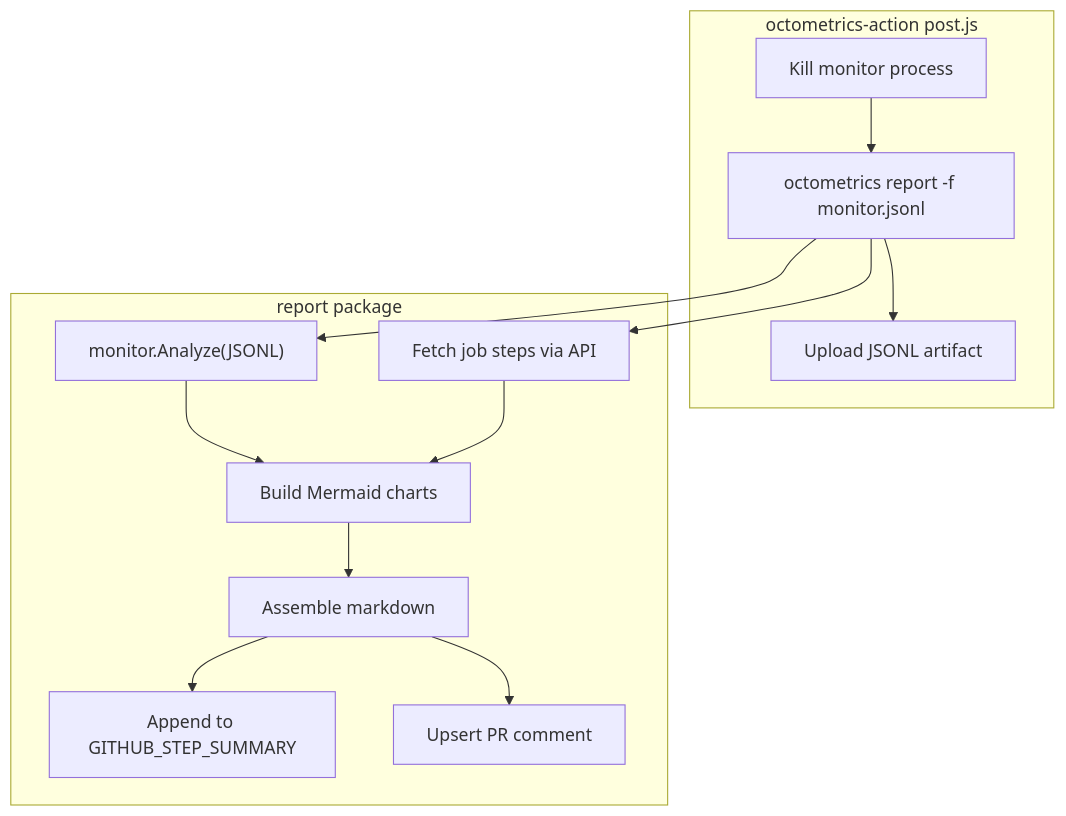
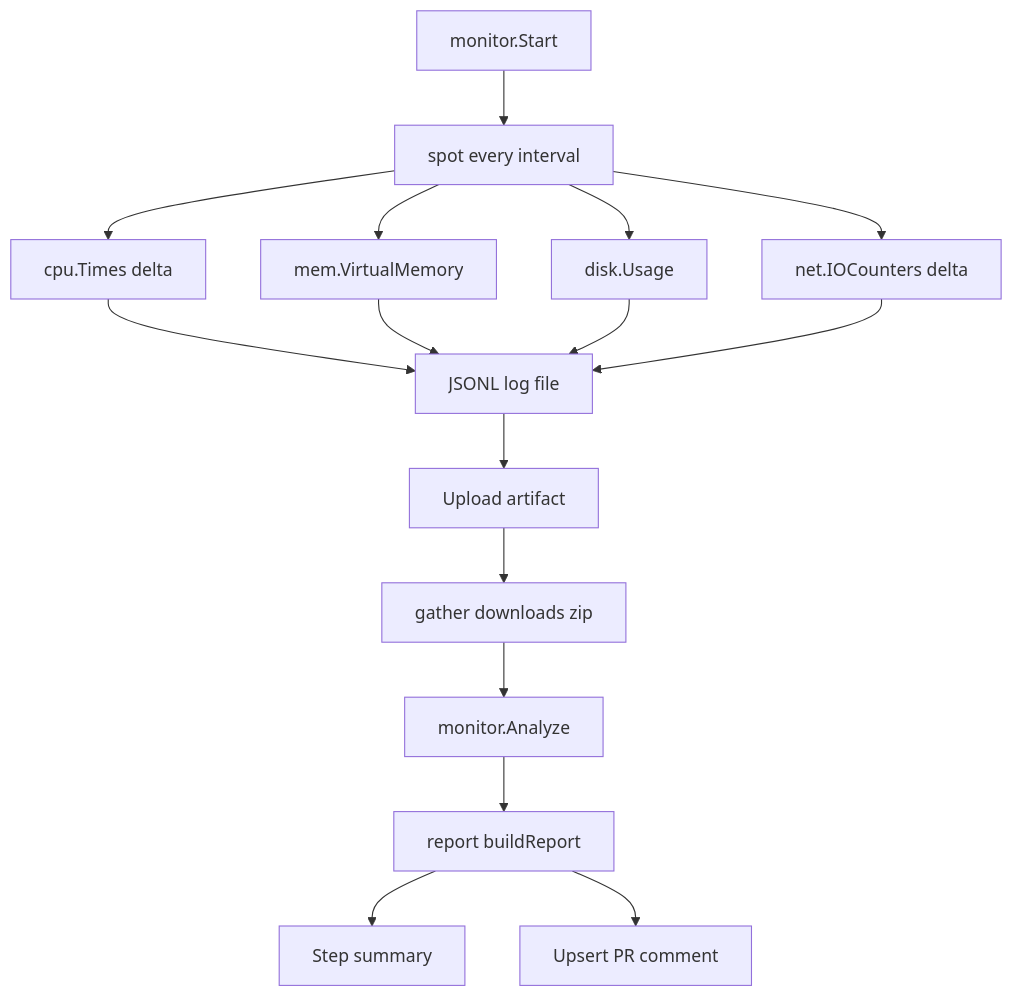
The fourth of 4 diagrams in design.md (kalverra/octometrics), drawn with Mermaid before and after one commit. The commit also changed other lines of this file and 3 other files, not shown here.

First line of the commit message:
docs: update design document and gather package

````diff
--- a/design.md
+++ b/design.md
@@ -131,27 +67,15 @@
 ```mermaid
 flowchart TD
-    subgraph actionPost [octometrics-action post.js]
-        KillMonitor[Kill monitor process]
-        RunReport["octometrics report -f monitor.jsonl"]
-        UploadArtifact[Upload JSONL artifact]
-    end
-
-    subgraph reportFlow [report package]
-        AnalyzeJSONL["monitor.Analyze(JSONL)"]
-        FetchSteps["Fetch job steps via API"]
-        BuildCharts["Build Mermaid charts"]
-        AssembleMD["Assemble markdown"]
-        WriteSummary["Append to GITHUB_STEP_SUMMARY"]
-        PostComment["Upsert PR comment"]
-    end
-
-    KillMonitor --> RunReport
-    RunReport --> AnalyzeJSONL
-    RunReport --> FetchSteps
-    AnalyzeJSONL --> BuildCharts
-    FetchSteps --> BuildCharts
-    BuildCharts --> AssembleMD
-    AssembleMD --> WriteSummary
-    AssembleMD --> PostComment
-    RunReport --> UploadArtifact
+    Start[monitor.Start] --> Spot[spot every interval]
+    Spot --> CPU[cpu.Times delta]
+    Spot --> Memory[mem.VirtualMemory]
+    Spot --> Disk[disk.Usage]
+    Spot --> IO[net.IOCounters delta]
+    CPU & Memory & Disk & IO --> JSONL[JSONL log file]
+    JSONL --> Artifact[Upload artifact]
+    Artifact --> Download[gather downloads zip]
+    Download --> Analyze[monitor.Analyze]
+    Analyze --> BuildReport[report buildReport]
+    BuildReport --> Summary[Step summary]
+    BuildReport --> Comment[Upsert PR comment]
 ```
````
